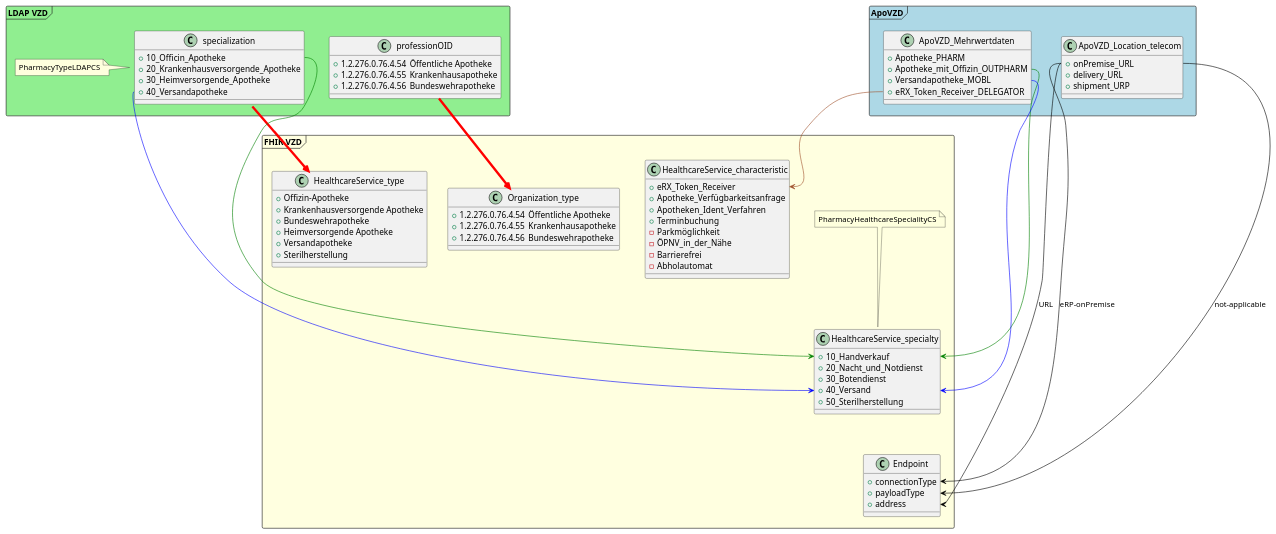
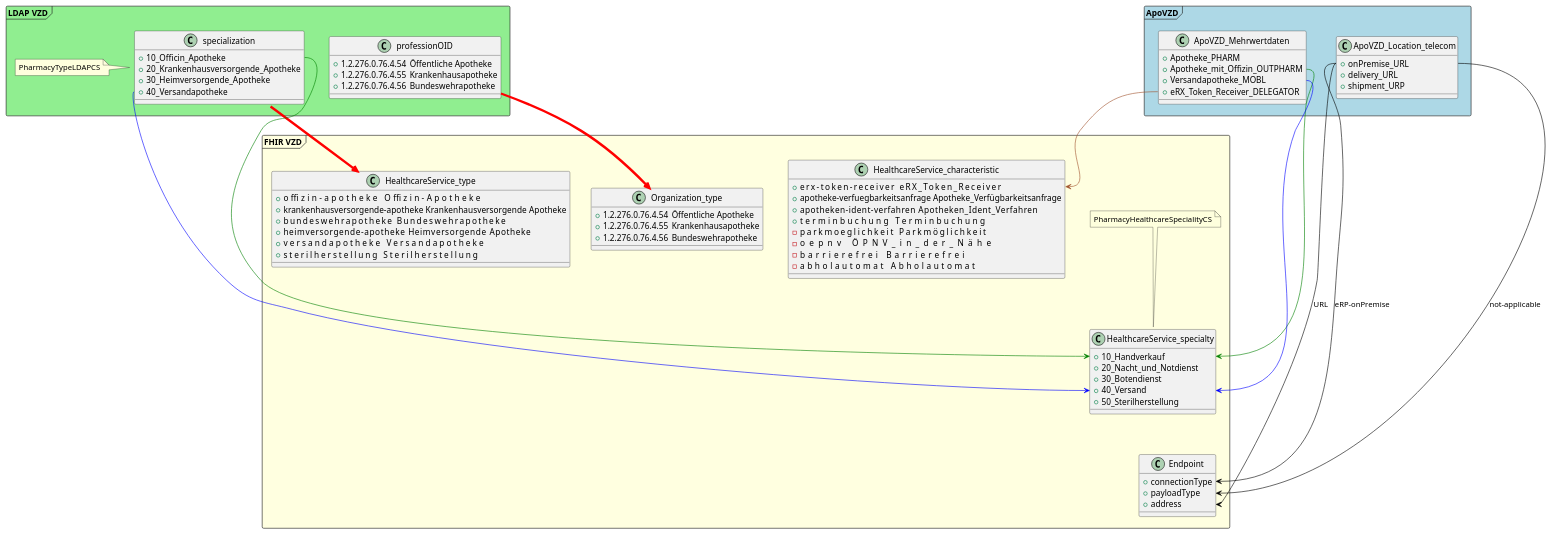
The diagram in src/plantuml/ClassDiagram.LDAP_FHIR_Mapping.puml (gematik/api-vzd), drawn with PlantUML before and after one commit.

```diff
--- a/src/plantuml/ClassDiagram.LDAP_FHIR_Mapping.puml
+++ b/src/plantuml/ClassDiagram.LDAP_FHIR_Mapping.puml
@@ -1,107 +1,106 @@
 @startuml
-
 
 package "LDAP VZD" <<Frame>> #lightgreen {
 class specialization {
 + 10_Officin_Apotheke
 + 20_Krankenhausversorgende_Apotheke
 + 30_Heimversorgende_Apotheke
 + 40_Versandapotheke  
 }
 
   note left of specialization
    PharmacyTypeLDAPCS
   end note
 
  class professionOID {
    + 1.2.276.0.76.4.54	Öffentliche Apotheke
    + 1.2.276.0.76.4.55	Krankenhausapotheke
    + 1.2.276.0.76.4.56	Bundeswehrapotheke
   }
   
 }
 
 package "FHIR VZD" <<Frame>> #lightyellow {
  class HealthcareService_specialty {
   + 10_Handverkauf
   + 20_Nacht_und_Notdienst
   + 30_Botendienst
   + 40_Versand
   + 50_Sterilherstellung 
  }
 
   note top of HealthcareService_specialty
   PharmacyHealthcareSpecialityCS
   end note  
 
  class HealthcareService_type {
-  + Offizin-Apotheke
-  + Krankenhausversorgende Apotheke	
-  + Bundeswehrapotheke
-  + Heimversorgende Apotheke
-  + Versandapotheke
-  + Sterilherstellung
+  + offizin-apotheke                                Offizin-Apotheke
+  + krankenhausversorgende-apotheke  Krankenhausversorgende Apotheke	
+  + bundeswehrapotheke                        Bundeswehrapotheke
+  + heimversorgende-apotheke              Heimversorgende Apotheke
+  + versandapotheke                              Versandapotheke
+  + sterilherstellung                               Sterilherstellung
  }
 
  class Organization_type {
    + 1.2.276.0.76.4.54	Öffentliche Apotheke
    + 1.2.276.0.76.4.55	Krankenhausapotheke
    + 1.2.276.0.76.4.56	Bundeswehrapotheke
   }
   
  class HealthcareService_characteristic {
-   + eRX_Token_Receiver
-   + Apotheke_Verfügbarkeitsanfrage
-   + Apotheken_Ident_Verfahren
-   + Terminbuchung
-   - Parkmöglichkeit
-   - ÖPNV_in_der_Nähe
-   - Barrierefrei
-   - Abholautomat
+   + erx-token-receiver                        eRX_Token_Receiver
+   + apotheke-verfuegbarkeitsanfrage Apotheke_Verfügbarkeitsanfrage
+   + apotheken-ident-verfahren           Apotheken_Ident_Verfahren
+   + terminbuchung                             Terminbuchung
+   - parkmoeglichkeit                          Parkmöglichkeit                            
+   - oepnv                                           ÖPNV_in_der_Nähe
+   - barrierefrei                                   Barrierefrei
+   - abholautomat                              Abholautomat
   }
 
   class Endpoint {
    + connectionType
    + payloadType
    + address
   }
 
   
 }
 
 package ApoVZD <<Frame>> #lightblue {
  class ApoVZD_Mehrwertdaten {
   + Apotheke_PHARM
   + Apotheke_mit_Offizin_OUTPHARM
   + Versandapotheke_MOBL
   + eRX_Token_Receiver_DELEGATOR
  }
 
  class ApoVZD_Location_telecom {
   + onPremise_URL
   + delivery_URL
   + shipment_URP
  } 
   
 }
 
 ' LDAP Daten
 specialization -[#red,thickness=4]-> HealthcareService_type
 professionOID -[#red,thickness=4]-> Organization_type
 specialization::10_Officin_Apotheke -[#green]-> HealthcareService_specialty::10_Handverkauf
 specialization::40_Versandapotheke  -[#blue]-> HealthcareService_specialty::40_Versand
 
 ' ApoVZD Mehrwertdaten
 ApoVZD_Mehrwertdaten::Apotheke_mit_Offizin_OUTPHARM -[#green]-> HealthcareService_specialty::10_Handverkauf
 ApoVZD_Mehrwertdaten::Versandapotheke_MOBL -[#blue]-> HealthcareService_specialty::40_Versand
 ApoVZD_Mehrwertdaten::eRX_Token_Receiver_DELEGATOR -[#Sienna]-> HealthcareService_characteristic::eRX_Token_Receiver
 
 ' DELEGATOR URLs
 ApoVZD_Location_telecom::onPremise_URL -[#black]right-> Endpoint::address : URL
 ApoVZD_Location_telecom::onPremise_URL -[#black]right-> Endpoint::connectionType : "eRP-onPremise"
 ApoVZD_Location_telecom::onPremise_URL -[#black]right-> Endpoint::payloadType : "not-applicable"
 
 ' Layout
 HealthcareService_type -[hidden]--> Endpoint
 
 @enduml
```
